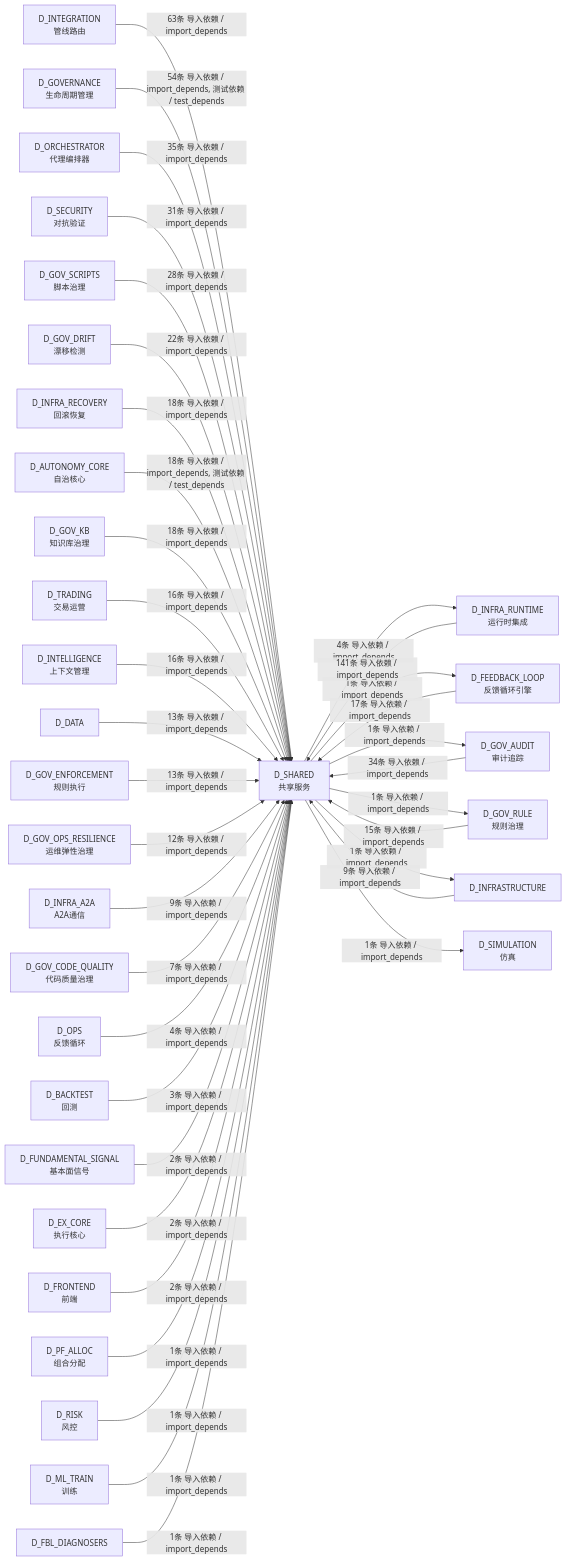
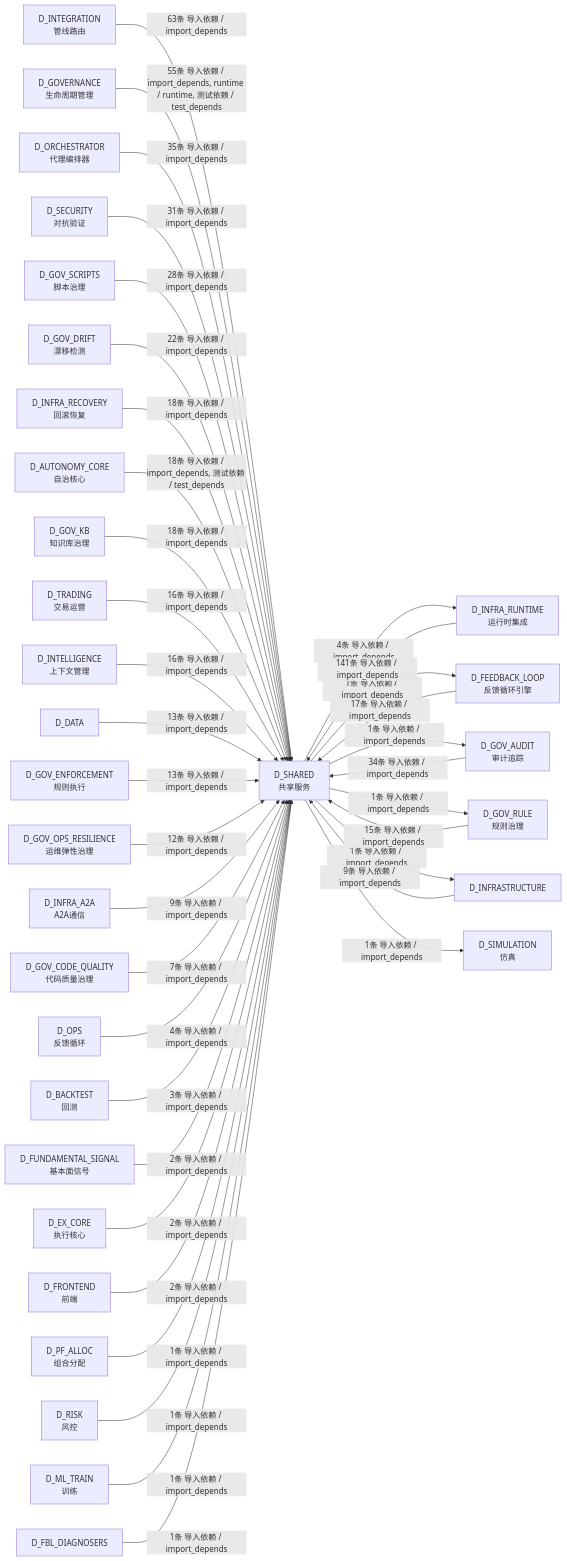
The tenth of 10 diagrams in docs/02_enterprise_architecture/02_domain_architecture_docs/26_d_shared.md (xuanFelixVan/ZephyrAlpha), drawn with Mermaid before and after one commit. The commit also changed other lines of this file and 101 other files, not shown here.

````diff
--- a/docs/02_enterprise_architecture/02_domain_architecture_docs/26_d_shared.md
+++ b/docs/02_enterprise_architecture/02_domain_architecture_docs/26_d_shared.md
@@ -1690,71 +1691,71 @@
 ```mermaid
 graph LR
     D_SHARED["D_SHARED<br/>共享服务"]
     D_INFRA_RUNTIME["D_INFRA_RUNTIME<br/>运行时集成"]
     D_FEEDBACK_LOOP["D_FEEDBACK_LOOP<br/>反馈循环引擎"]
     D_GOV_AUDIT["D_GOV_AUDIT<br/>审计追踪"]
     D_GOV_RULE["D_GOV_RULE<br/>规则治理"]
     D_INFRASTRUCTURE["D_INFRASTRUCTURE"]
     D_SIMULATION["D_SIMULATION<br/>仿真"]
     D_INTEGRATION["D_INTEGRATION<br/>管线路由"]
     D_GOVERNANCE["D_GOVERNANCE<br/>生命周期管理"]
     D_ORCHESTRATOR["D_ORCHESTRATOR<br/>代理编排器"]
     D_SECURITY["D_SECURITY<br/>对抗验证"]
     D_GOV_SCRIPTS["D_GOV_SCRIPTS<br/>脚本治理"]
     D_GOV_DRIFT["D_GOV_DRIFT<br/>漂移检测"]
     D_INFRA_RECOVERY["D_INFRA_RECOVERY<br/>回滚恢复"]
     D_AUTONOMY_CORE["D_AUTONOMY_CORE<br/>自治核心"]
     D_GOV_KB["D_GOV_KB<br/>知识库治理"]
     D_TRADING["D_TRADING<br/>交易运营"]
     D_INTELLIGENCE["D_INTELLIGENCE<br/>上下文管理"]
     D_DATA["D_DATA"]
     D_GOV_ENFORCEMENT["D_GOV_ENFORCEMENT<br/>规则执行"]
     D_GOV_OPS_RESILIENCE["D_GOV_OPS_RESILIENCE<br/>运维弹性治理"]
     D_INFRA_A2A["D_INFRA_A2A<br/>A2A通信"]
     D_GOV_CODE_QUALITY["D_GOV_CODE_QUALITY<br/>代码质量治理"]
     D_OPS["D_OPS<br/>反馈循环"]
     D_BACKTEST["D_BACKTEST<br/>回测"]
     D_FUNDAMENTAL_SIGNAL["D_FUNDAMENTAL_SIGNAL<br/>基本面信号"]
     D_EX_CORE["D_EX_CORE<br/>执行核心"]
     D_FRONTEND["D_FRONTEND<br/>前端"]
     D_PF_ALLOC["D_PF_ALLOC<br/>组合分配"]
     D_RISK["D_RISK<br/>风控"]
     D_ML_TRAIN["D_ML_TRAIN<br/>训练"]
     D_FBL_DIAGNOSERS["D_FBL_DIAGNOSERS"]
     D_SHARED -->|4条 导入依赖 / import_depends| D_INFRA_RUNTIME
     D_SHARED -->|1条 导入依赖 / import_depends| D_FEEDBACK_LOOP
     D_SHARED -->|1条 导入依赖 / import_depends| D_GOV_AUDIT
     D_SHARED -->|1条 导入依赖 / import_depends| D_GOV_RULE
     D_SHARED -->|1条 导入依赖 / import_depends| D_INFRASTRUCTURE
     D_SHARED -->|1条 导入依赖 / import_depends| D_SIMULATION
     D_INFRA_RUNTIME -->|141条 导入依赖 / import_depends| D_SHARED
     D_INTEGRATION -->|63条 导入依赖 / import_depends| D_SHARED
-    D_GOVERNANCE -->|54条 导入依赖 / import_depends, 测试依赖 / test_depends| D_SHARED
+    D_GOVERNANCE -->|55条 导入依赖 / import_depends, runtime / runtime, 测试依赖 / test_depends| D_SHARED
     D_ORCHESTRATOR -->|35条 导入依赖 / import_depends| D_SHARED
     D_GOV_AUDIT -->|34条 导入依赖 / import_depends| D_SHARED
     D_SECURITY -->|31条 导入依赖 / import_depends| D_SHARED
     D_GOV_SCRIPTS -->|28条 导入依赖 / import_depends| D_SHARED
     D_GOV_DRIFT -->|22条 导入依赖 / import_depends| D_SHARED
     D_INFRA_RECOVERY -->|18条 导入依赖 / import_depends| D_SHARED
     D_AUTONOMY_CORE -->|18条 导入依赖 / import_depends, 测试依赖 / test_depends| D_SHARED
     D_GOV_KB -->|18条 导入依赖 / import_depends| D_SHARED
     D_FEEDBACK_LOOP -->|17条 导入依赖 / import_depends| D_SHARED
     D_TRADING -->|16条 导入依赖 / import_depends| D_SHARED
     D_INTELLIGENCE -->|16条 导入依赖 / import_depends| D_SHARED
     D_GOV_RULE -->|15条 导入依赖 / import_depends| D_SHARED
     D_DATA -->|13条 导入依赖 / import_depends| D_SHARED
     D_GOV_ENFORCEMENT -->|13条 导入依赖 / import_depends| D_SHARED
     D_GOV_OPS_RESILIENCE -->|12条 导入依赖 / import_depends| D_SHARED
     D_INFRASTRUCTURE -->|9条 导入依赖 / import_depends| D_SHARED
     D_INFRA_A2A -->|9条 导入依赖 / import_depends| D_SHARED
     D_GOV_CODE_QUALITY -->|7条 导入依赖 / import_depends| D_SHARED
     D_OPS -->|4条 导入依赖 / import_depends| D_SHARED
     D_BACKTEST -->|3条 导入依赖 / import_depends| D_SHARED
     D_FUNDAMENTAL_SIGNAL -->|2条 导入依赖 / import_depends| D_SHARED
     D_EX_CORE -->|2条 导入依赖 / import_depends| D_SHARED
     D_FRONTEND -->|2条 导入依赖 / import_depends| D_SHARED
     D_PF_ALLOC -->|1条 导入依赖 / import_depends| D_SHARED
     D_RISK -->|1条 导入依赖 / import_depends| D_SHARED
     D_ML_TRAIN -->|1条 导入依赖 / import_depends| D_SHARED
     D_FBL_DIAGNOSERS -->|1条 导入依赖 / import_depends| D_SHARED
 ```
````
